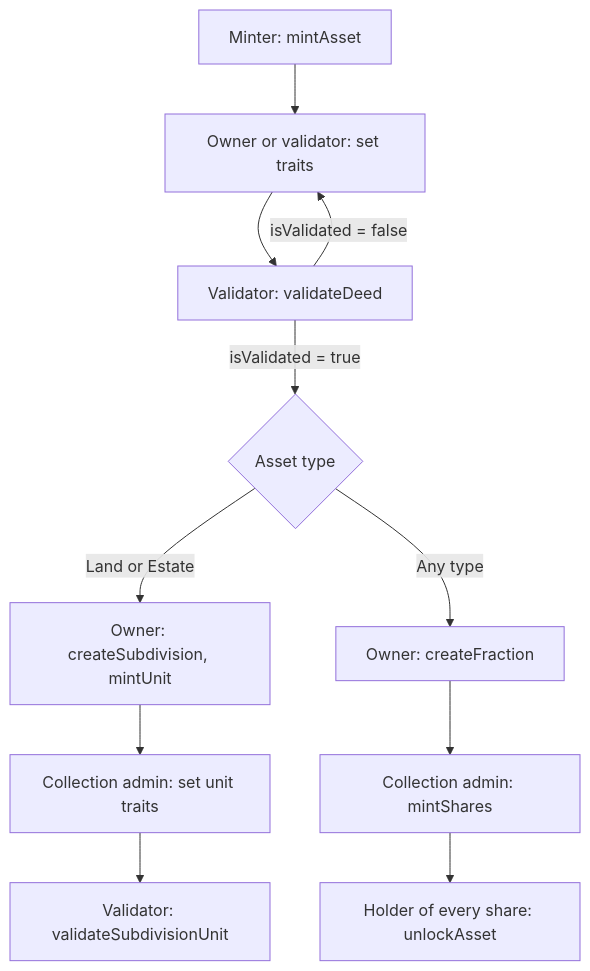
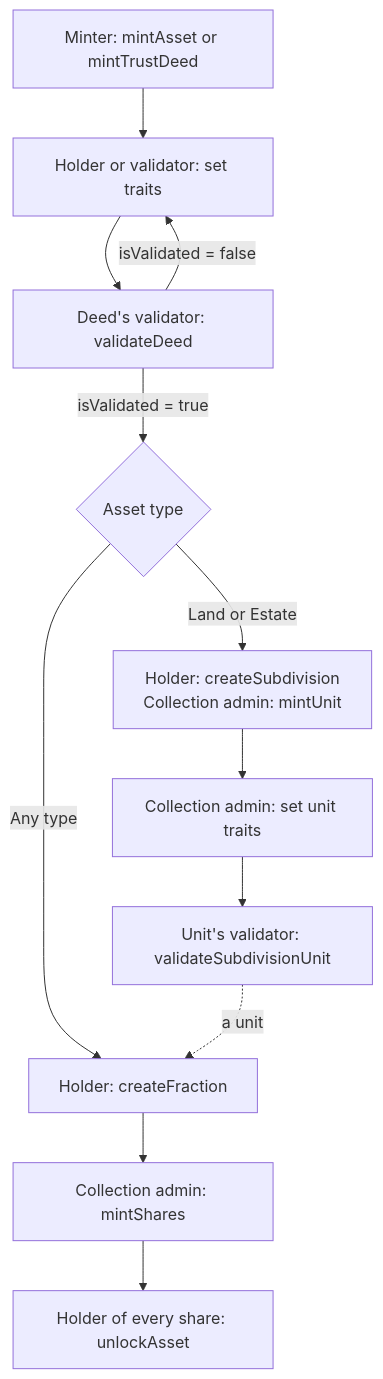
The diagram in docs/protocol/deed-track/asset-workflows.md (Deed3Labs/Protocol-Contracts), drawn with Mermaid before and after one commit. The commit also changed other lines of this file and 51 other files, not shown here.

````diff
--- a/docs/protocol/deed-track/asset-workflows.md
+++ b/docs/protocol/deed-track/asset-workflows.md
@@ -10,13 +11,14 @@
 ```mermaid
 flowchart TD
-  A["Minter: mintAsset"] --> B["Owner or validator: set traits"]
-  B --> C["Validator: validateDeed"]
+  A["Minter: mintAsset or mintTrustDeed"] --> B["Holder or validator: set traits"]
+  B --> C["Deed's validator: validateDeed"]
   C -->|"isValidated = false"| B
   C -->|"isValidated = true"| D{"Asset type"}
-  D -->|"Land or Estate"| E["Owner: createSubdivision, mintUnit"]
+  D -->|"Land or Estate"| E["Holder: createSubdivision<br/>Collection admin: mintUnit"]
   E --> F["Collection admin: set unit traits"]
-  F --> G["Validator: validateSubdivisionUnit"]
-  D -->|"Any type"| H["Owner: createFraction"]
+  F --> G["Unit's validator: validateSubdivisionUnit"]
+  D -->|"Any type"| H["Holder: createFraction"]
+  G -.->|"a unit"| H
   H --> I["Collection admin: mintShares"]
   I --> J["Holder of every share: unlockAsset"]
 ```
````
